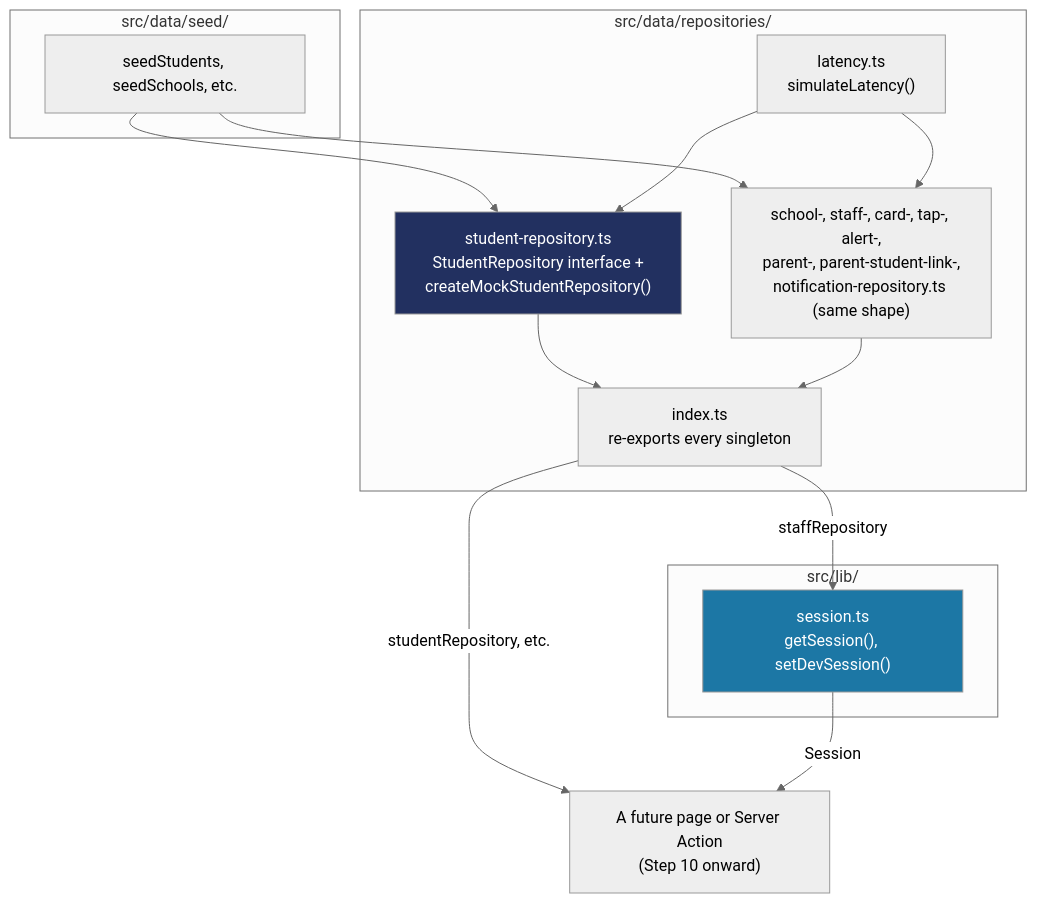
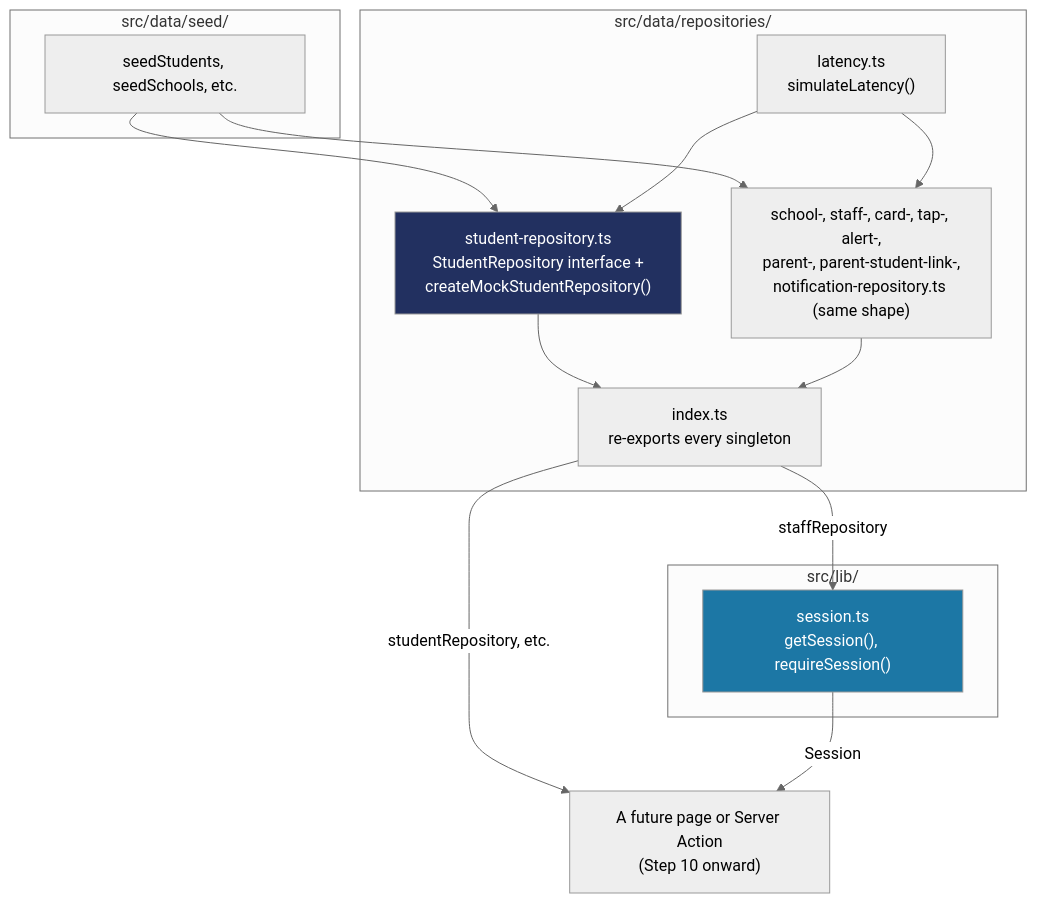
One commit to psmacabulos/talaan changed the diagram in docs/DATA-ACCESS.md. Above: the diagram before and after it, drawn with Mermaid (neutral theme). The commit also changed other lines of this file and 54 other files, not shown here.

````diff
--- a/docs/DATA-ACCESS.md
+++ b/docs/DATA-ACCESS.md
@@ -9,32 +9,32 @@
 ```mermaid
 flowchart TB
     subgraph seed["src/data/seed/"]
         SeedData["seedStudents, seedSchools, etc."]
     end
 
     subgraph repos["src/data/repositories/"]
         Latency["latency.ts<br/>simulateLatency()"]
         StudentRepo["student-repository.ts<br/>StudentRepository interface +<br/>createMockStudentRepository()"]
         OtherRepos["school-, staff-, card-, tap-, alert-,<br/>parent-, parent-student-link-,<br/>notification-repository.ts (same shape)"]
         Index["index.ts<br/>re-exports every singleton"]
     end
 
     subgraph lib["src/lib/"]
-        Session["session.ts<br/>getSession(), setDevSession()"]
+        Session["session.ts<br/>getSession(), requireSession()"]
     end
 
     Future["A future page or Server Action<br/>(Step 10 onward)"]
 
     SeedData --> StudentRepo
     SeedData --> OtherRepos
     Latency --> StudentRepo
     Latency --> OtherRepos
     StudentRepo --> Index
     OtherRepos --> Index
     Index -->|staffRepository| Session
     Index -->|studentRepository, etc.| Future
     Session -->|Session| Future
 
     style StudentRepo fill:#223060,color:#fff
     style Session fill:#1C77A5,color:#fff
 ```
````
